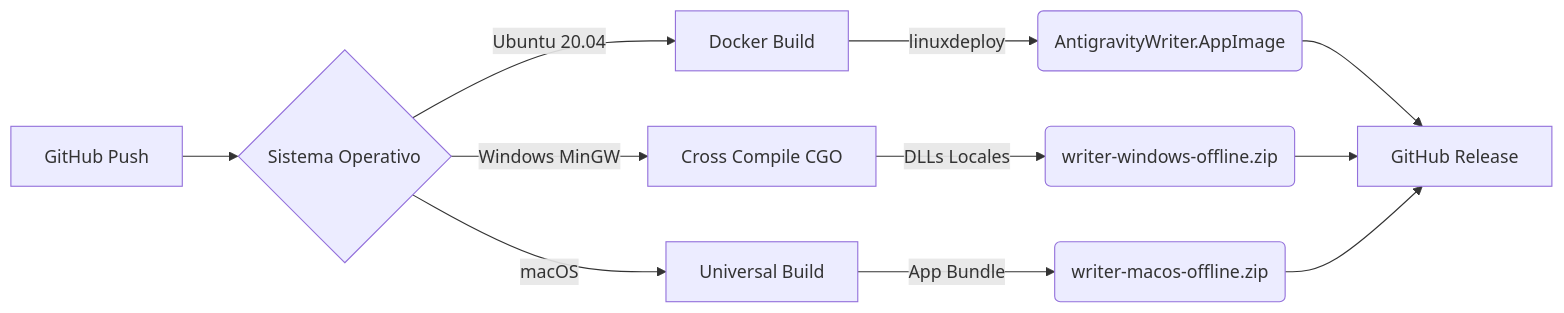
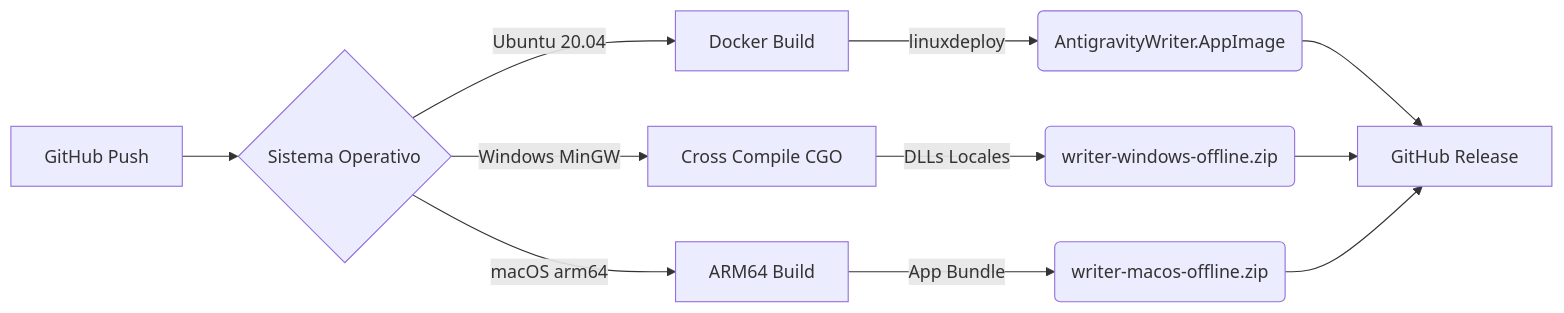
Before and after one commit to josejuanmontiel/writer: the third of 3 diagrams in CROSS_COMPILE.md, drawn with Mermaid. The commit also changed other lines of this file, not shown here.

Commit message:
docs: update cross compile doc with macos arm64 details and github actions cache poisoning lessons

````diff
--- a/CROSS_COMPILE.md
+++ b/CROSS_COMPILE.md
@@ -121,15 +144,15 @@
 ```mermaid
 graph LR
     A[GitHub Push] --> B{Sistema Operativo}
     B -->|Ubuntu 20.04| C[Docker Build]
     B -->|Windows MinGW| D[Cross Compile CGO]
-    B -->|macOS| E[Universal Build]
+    B -->|macOS arm64| E[ARM64 Build]
     
     C -->|linuxdeploy| F(AntigravityWriter.AppImage)
     D -->|DLLs Locales| G(writer-windows-offline.zip)
     E -->|App Bundle| H(writer-macos-offline.zip)
     
     F --> Z[GitHub Release]
     G --> Z
     H --> Z
 ```
````
